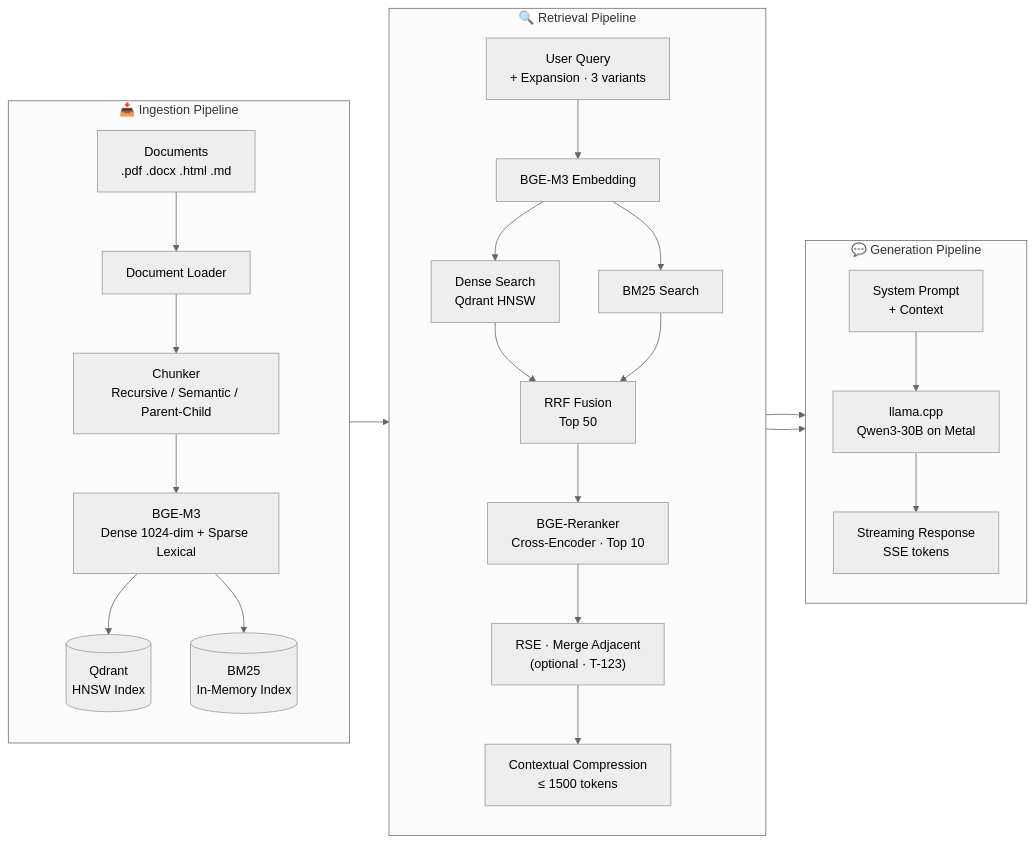
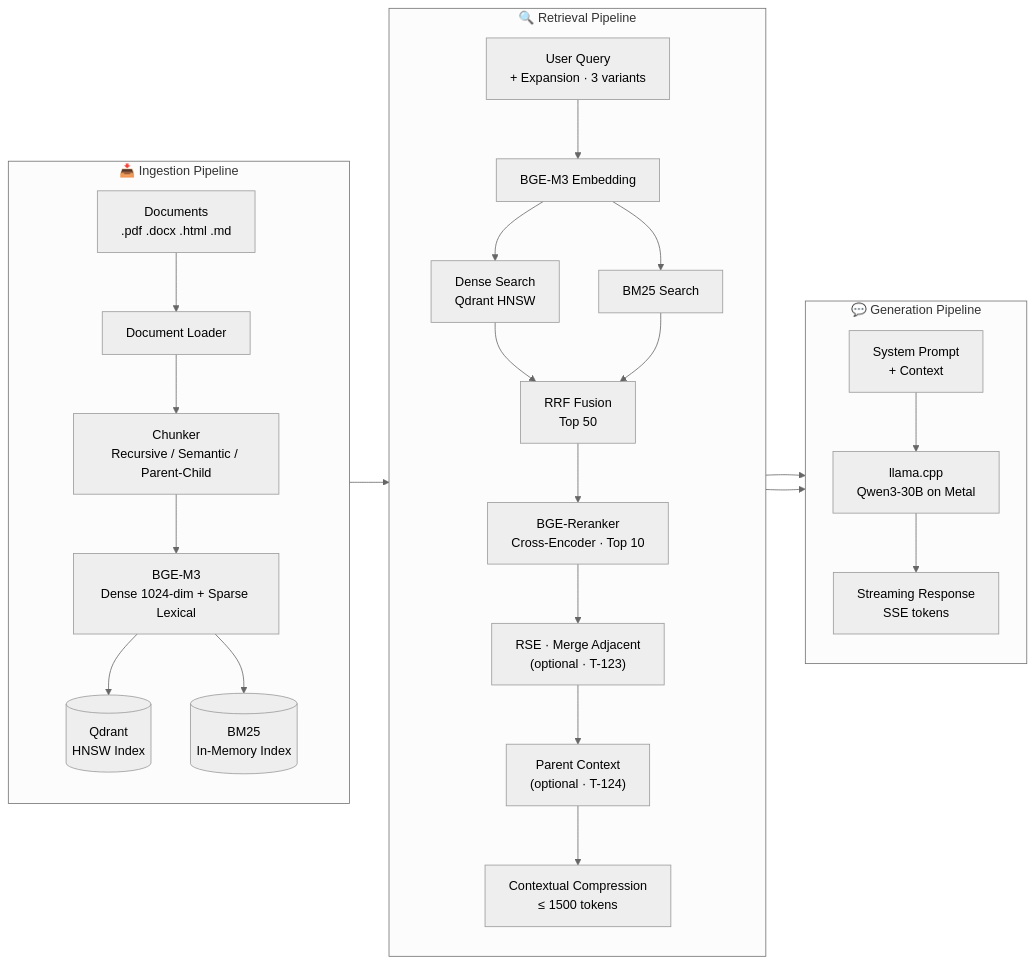
The first of 10 diagrams in README.md (ealbertoav/rag_platform), drawn with Mermaid (neutral theme) before and after one commit. The commit also changed other lines of this file and 16 other files, not shown here.

First line of the commit message:
feat: enrich parent-child chunking with context resolution and parent-aware compression

````diff
--- a/README.md
+++ b/README.md
@@ -44,33 +44,34 @@
 ```mermaid
 flowchart LR
     subgraph INGEST["📥 Ingestion Pipeline"]
         direction TB
         D["Documents<br/>.pdf .docx .html .md"] --> L[Document Loader]
         L --> C["Chunker<br/>Recursive / Semantic / Parent-Child"]
         C --> E["BGE-M3<br/>Dense 1024-dim + Sparse Lexical"]
         E --> Q[("Qdrant<br/>HNSW Index")]
         E --> B[("BM25<br/>In-Memory Index")]
     end
 
     subgraph RETRIEVE["🔍 Retrieval Pipeline"]
         direction TB
         QX["User Query<br/>+ Expansion · 3 variants"] --> EM[BGE-M3 Embedding]
         EM --> DS["Dense Search<br/>Qdrant HNSW"]
         EM --> BS[BM25 Search]
         DS --> RF["RRF Fusion<br/>Top 50"]
         BS --> RF
         RF --> RR["BGE-Reranker<br/>Cross-Encoder · Top 10"]
         RR --> RSE["RSE · Merge Adjacent<br/>(optional · T-123)"]
-        RSE --> CC["Contextual Compression<br/>≤ 1500 tokens"]
+        RSE --> PC["Parent Context<br/>(optional · T-124)"]
+        PC --> CC["Contextual Compression<br/>≤ 1500 tokens"]
     end
 
     subgraph GENERATE["💬 Generation Pipeline"]
         direction TB
         CC --> PR["System Prompt<br/>+ Context"]
         PR --> LLM["llama.cpp<br/>Qwen3-30B on Metal"]
         LLM --> SSE["Streaming Response<br/>SSE tokens"]
     end
 
     INGEST --> RETRIEVE
     RETRIEVE --> GENERATE
 ```
````
